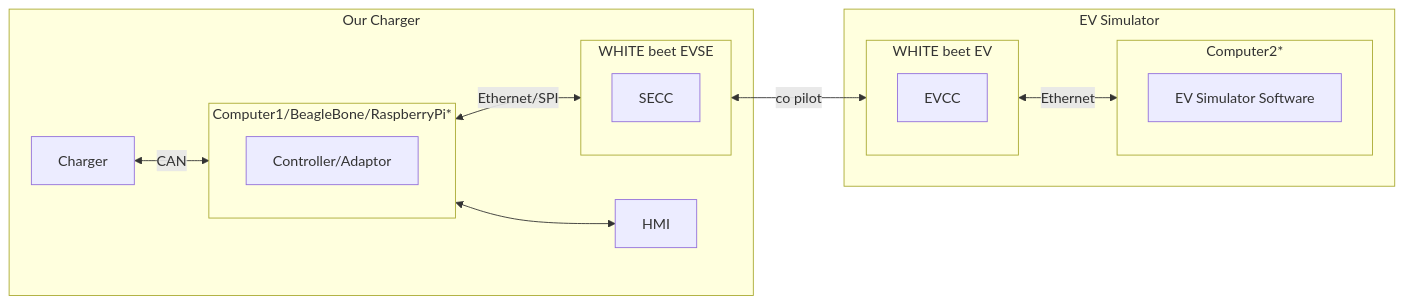
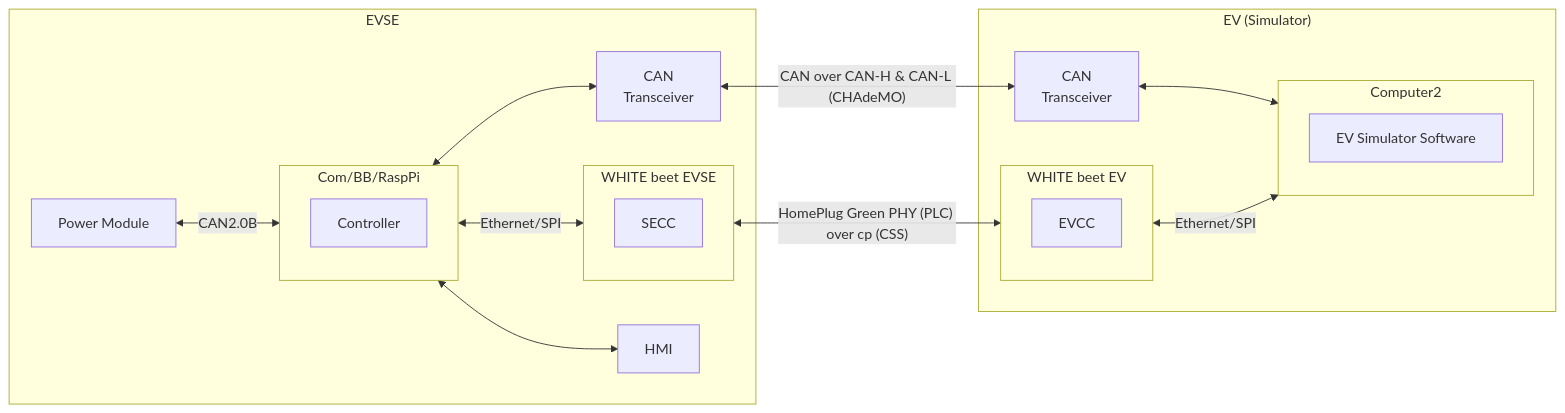
The diagram in mermaid/architecture.mmd (ruslylove/FreeV2G), drawn with Mermaid before and after one commit. The commit also changed 1 other file, not shown here.

Commit message:
update diagram

```diff
--- a/mermaid/architecture.mmd
+++ b/mermaid/architecture.mmd
@@ -1,37 +1,47 @@
 flowchart LR
 
-    subgraph Our Charger
+    subgraph EVSE 
     Charger
     
     subgraph WHITE beet EVSE
         direction TB
         SECC
     end
     
 
-    subgraph Computer1/BeagleBone/RaspberryPi*
+    subgraph Com/BB/RaspPi
         direction TB
         CA
     end
 
+    CT1[CAN<br>Transceiver]
+
     CA <--> HMI
+    CA <--> CT1
 
     end
 
-    subgraph EV Simulator
+    subgraph EVS["EV (Simulator)"]
 
     subgraph WHITE beet EV
         direction TB
         EVCC
     end
 
-    subgraph Computer2*
+   
+
+
+    subgraph Computer2
         direction TB
         EV
     end
 
+        CT2[CAN<br>Transceiver]
+
+
     end
 
 
-    Charger <-- CAN --> CA[Controller/Adaptor] <-->|Ethernet/SPI| SECC <-->|co pilot| EVCC <-->|Ethernet| EV["EV Simulator Software"]
+    Charger["Power Module"] <-- CAN2.0B --> CA[Controller] <-->|Ethernet/SPI| SECC <-->|"HomePlug Green PHY (PLC) over cp (CSS)"| EVCC <-->|Ethernet/SPI| EV["EV Simulator Software"]
+    CT1 <-- CAN over CAN-H & CAN-L (CHAdeMO) --> CT2 <--> EV
     direction TB
```
